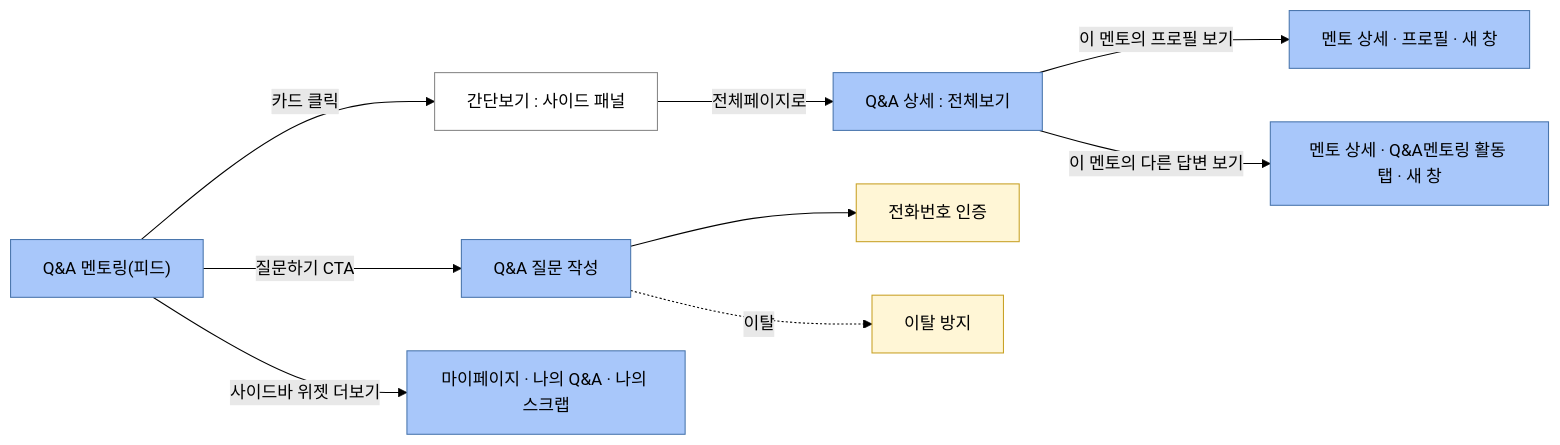
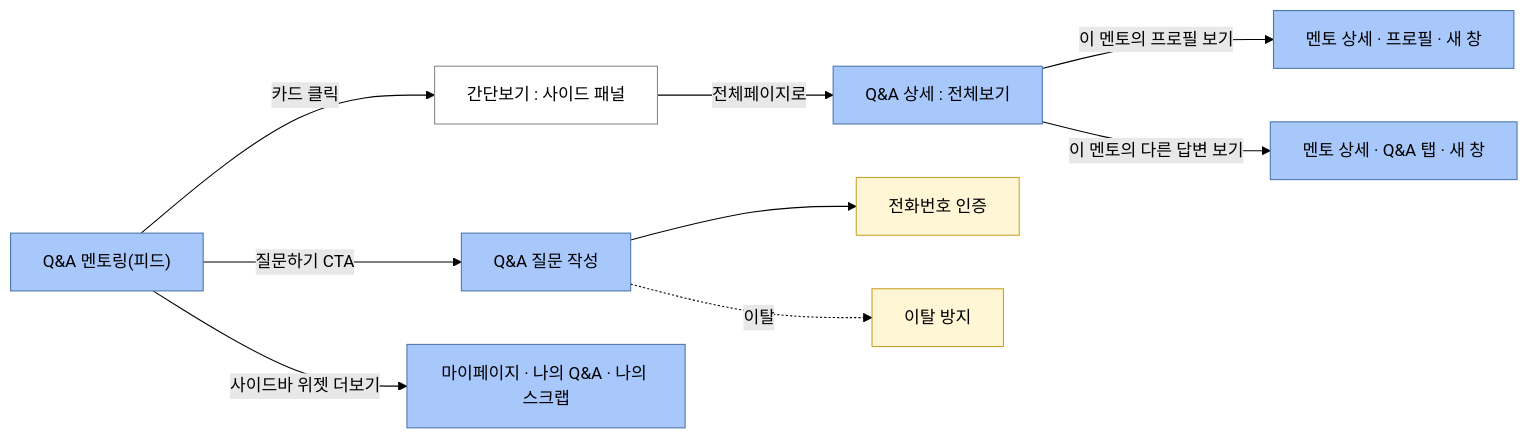
The fourth of 4 diagrams in design/docs/transition-map.md (jisoo-y-mentree/mentree2-pd-fe), drawn with Mermaid (forest theme) before and after one commit. The commit also changed other lines of this file and 2 other files, not shown here.

````diff
--- a/design/docs/transition-map.md
+++ b/design/docs/transition-map.md
@@ -203,27 +203,27 @@
 ```mermaid
 flowchart LR
   qa["Q&A 멘토링(피드)"]
   side["간단보기 : 사이드 패널"]
   qad["Q&A 상세 : 전체보기"]
   comp["Q&A 질문 작성"]
   phone["전화번호 인증"]
   leave["이탈 방지"]
   mdetP["멘토 상세 · 프로필 · 새 창"]
-  mdetQ["멘토 상세 · Q&A멘토링 활동 탭 · 새 창"]
+  mdetQ["멘토 상세 · Q&A 탭 · 새 창"]
   mpe["마이페이지 · 나의 Q&A · 나의 스크랩"]
 
   qa -->|"카드 클릭"| side -->|"전체페이지로"| qad
   qa -->|"질문하기 CTA"| comp
   comp --> phone
   comp -.->|"이탈"| leave
   qad -->|"이 멘토의 프로필 보기"| mdetP
   qad -->|"이 멘토의 다른 답변 보기"| mdetQ
   qa -->|"사이드바 위젯 더보기"| mpe
 
   classDef s fill:#a8c7fa,stroke:#4a76ad,color:#000
   classDef b fill:#ffffff,stroke:#888888,color:#000
   classDef m fill:#fff6d6,stroke:#c9a227,color:#000
   class qa,qad,comp,mdetP,mdetQ,mpe s
   class side b
   class phone,leave m
 ```
````
